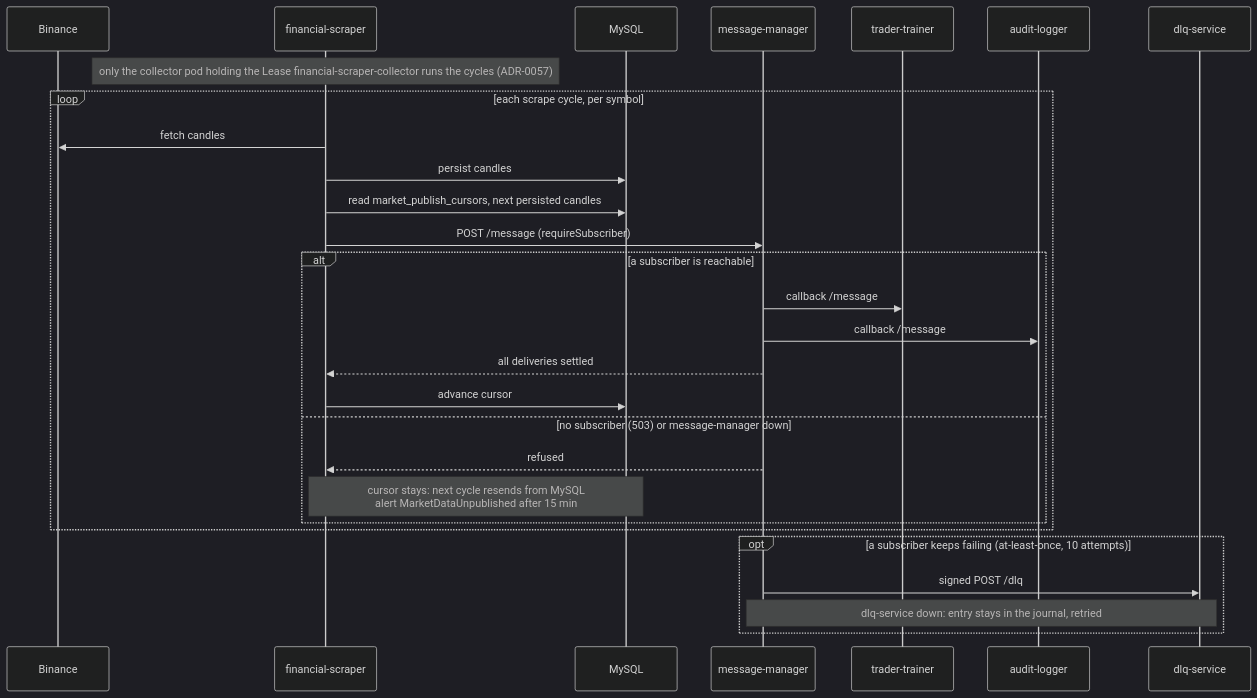
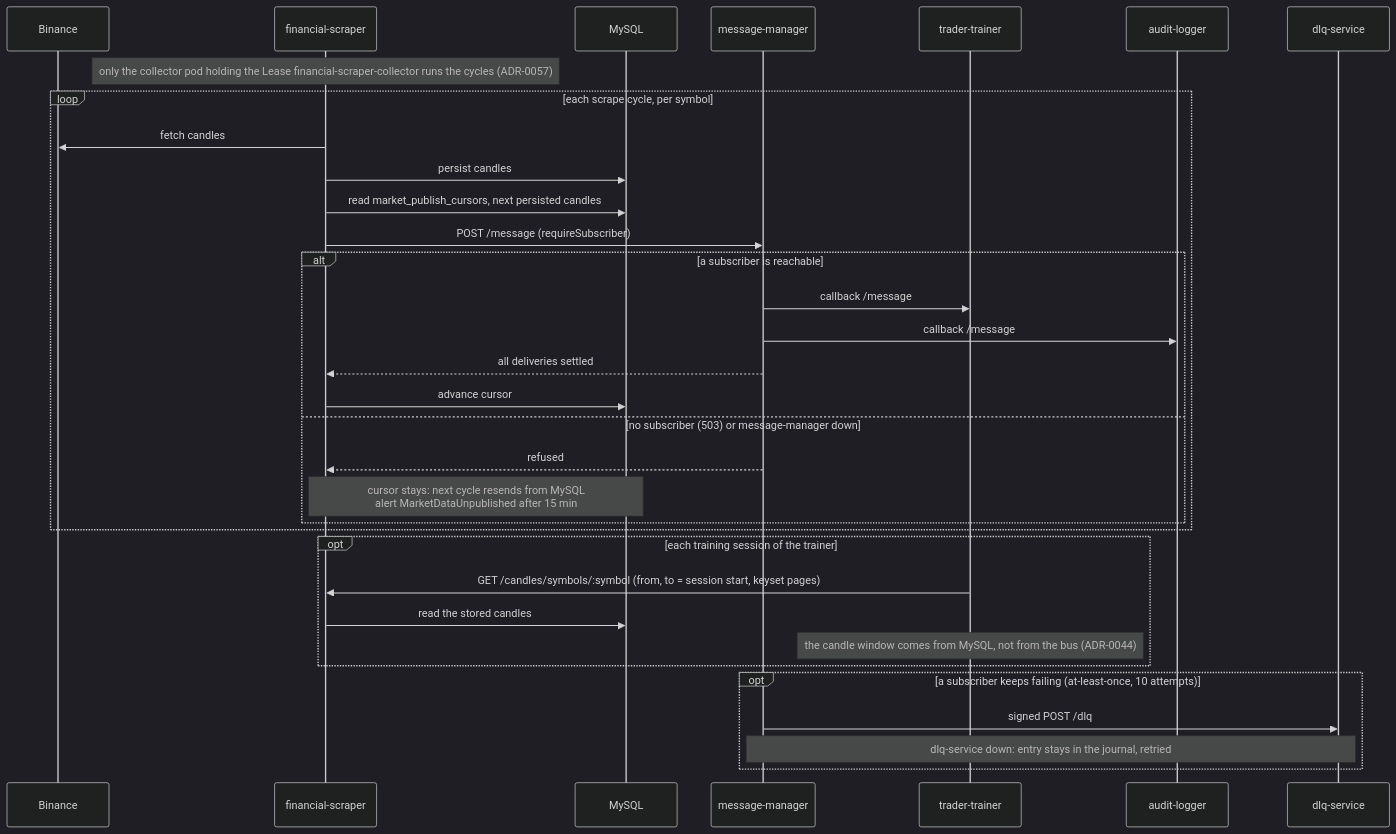
One commit to docteur-turboss/trading-model changed the fourth of 4 diagrams in docs/architecture/system-overview.md. Above: the diagram before and after it, drawn with Mermaid (dark theme). The commit also changed other lines of this file and 17 other files, not shown here.

Commit message:
:sparkles:(trader-trainer): read the training candle window from the stored candles instead of the bus buffer (#1209)

````diff
--- a/docs/architecture/system-overview.md
+++ b/docs/architecture/system-overview.md
@@ -107,30 +107,35 @@
 ```mermaid
 sequenceDiagram
   participant B as Binance
   participant FS as financial-scraper
   participant DB as MySQL
   participant MM as message-manager
   participant TT as trader-trainer
   participant AL as audit-logger
   participant DLQ as dlq-service
   Note over FS: only the collector pod holding the Lease financial-scraper-collector runs the cycles (ADR-0057)
   loop each scrape cycle, per symbol
     FS->>B: fetch candles
     FS->>DB: persist candles
     FS->>DB: read market_publish_cursors, next persisted candles
     FS->>MM: POST /message (requireSubscriber)
     alt a subscriber is reachable
       MM->>TT: callback /message
       MM->>AL: callback /message
       MM-->>FS: all deliveries settled
       FS->>DB: advance cursor
     else no subscriber (503) or message-manager down
       MM-->>FS: refused
       Note over FS,DB: cursor stays: next cycle resends from MySQL<br/>alert MarketDataUnpublished after 15 min
     end
   end
+  opt each training session of the trainer
+    TT->>FS: GET /candles/symbols/:symbol (from, to = session start, keyset pages)
+    FS->>DB: read the stored candles
+    Note over TT: the candle window comes from MySQL, not from the bus (ADR-0044)
+  end
   opt a subscriber keeps failing (at-least-once, 10 attempts)
     MM->>DLQ: signed POST /dlq
     Note over MM,DLQ: dlq-service down: entry stays in the journal, retried
   end
 ```
````
